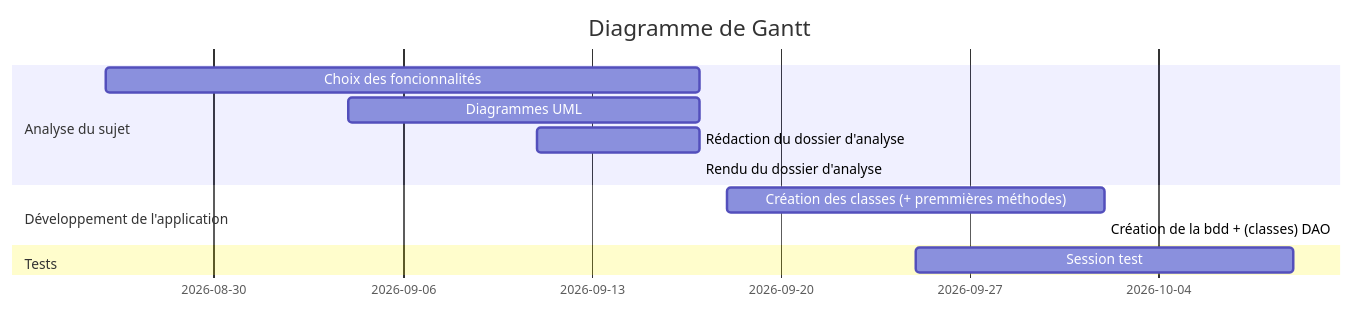
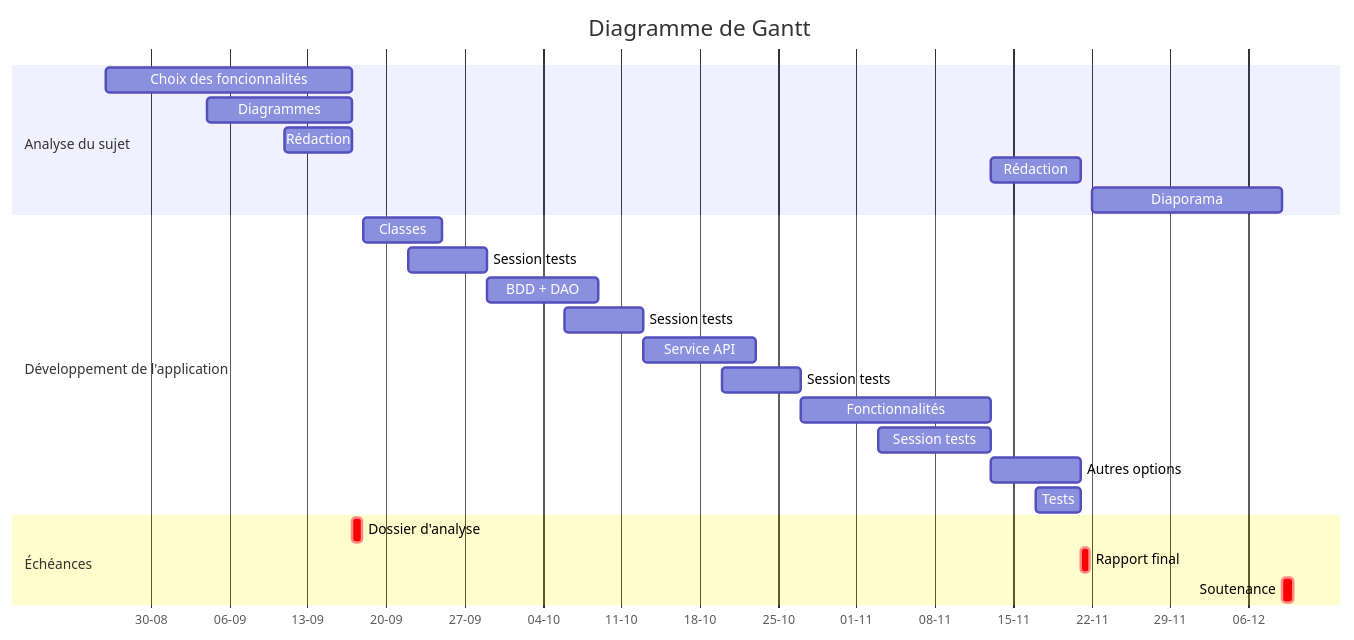
Before and after one commit to lou-ann14/ensai-it-project-2a-team31: the diagram in Dossier_analyse.qmd, drawn with Mermaid. The commit also changed 2 other files, not shown here.

Commit message:
diagramme de Gantt V1

````diff
--- a/Dossier_analyse.qmd
+++ b/Dossier_analyse.qmd
@@ -5,27 +5,31 @@
 ```{mermaid}
 gantt
+    todayMarker off
     dateFormat DD-MM-YYYY
+    axisFormat %d-%m
     title Diagramme de Gantt
     section Analyse du sujet
         Choix des foncionnalités :26-08-2026, 17-09-2026
-        Diagrammes UML : 04-09-2026, 13d
-        Rédaction du dossier d'analyse : 11-09-2026, 6d
-        Rendu du dossier d'analyse : 17-09-2026
+        Diagrammes : 04-09-2026, 13d
+        Rédaction : 11-09-2026, 6d
+        Rédaction : 13-11-2026, 21-11-2026
+        Diaporama : 22-11-2026, 09-12-2026
 
     section Développement de l'application
-        Création des classes (+ premmières méthodes) : 18-09-2026, 2w
-        Création de la bdd + (classes) DAO : 
+        Classes : 18-09-2026, 1w
+        Session tests : 22-09-2026, 1w
+        BDD + DAO : 29-09-2026, 09-10-2026
+        Session tests : 06-10-2026, 1w
+        Service API : 13-10-2026, 23-10-2026
+        Session tests : 20-10-2026, 1w
+        Fonctionnalités : 27-10-2026, 13-11-2026
+        Session tests : 03-11-2026, 10d
+        Autres options : 13-11-2026, 21-11-2026
+        Tests : 17-11-2026, 21-11-2026
 
+    section Échéances
+        Dossier d'analyse : crit, 17-09-2026, 20h
+        Rapport final : crit, 21-11-2026, 20h
+        Soutenance : crit, 09-12-2026, 1d
 
-    section Tests
-        Session test : 25-09-2026, 2w
-    section Autres options
-
-    section Autres tests
-
-    section rendu
-
-    section Rédaction + diapo
-
-    section Soutenance
 ```
````
